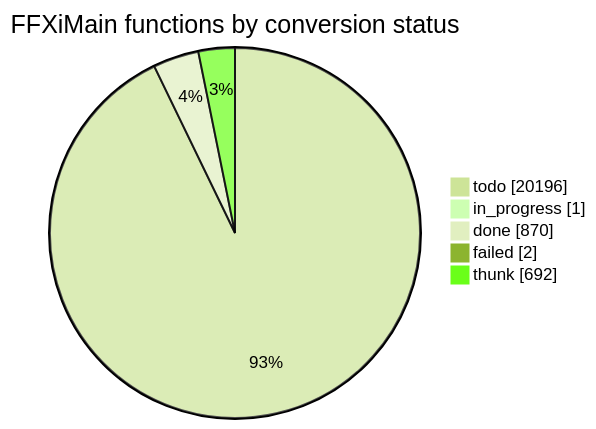
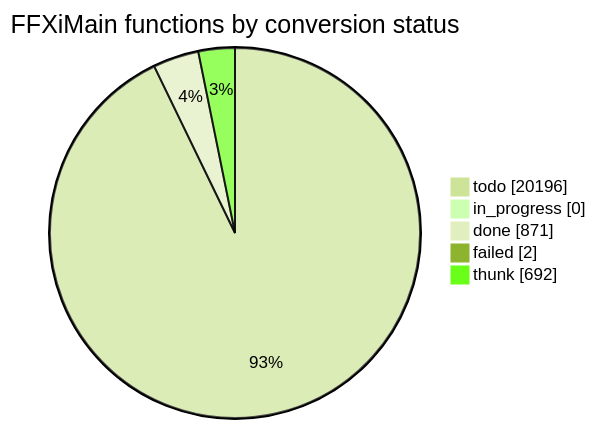
The diagram in docs/cow/STATUS.md (cowrevenge/cow_kuluu_xi_anything), drawn with Mermaid (forest theme) before and after one commit. The commit also changed other lines of this file and 9 other files, not shown here.

````diff
--- a/docs/cow/STATUS.md
+++ b/docs/cow/STATUS.md
@@ -18,9 +18,9 @@
 ```mermaid
 pie showData
     title FFXiMain functions by conversion status
     "todo" : 20196
-    "in_progress" : 1
-    "done" : 870
+    "in_progress" : 0
+    "done" : 871
     "failed" : 2
     "thunk" : 692
 ```
````
